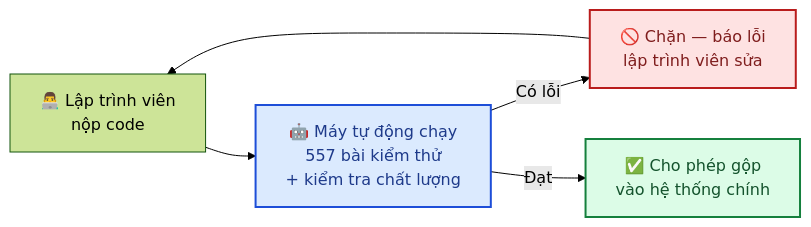
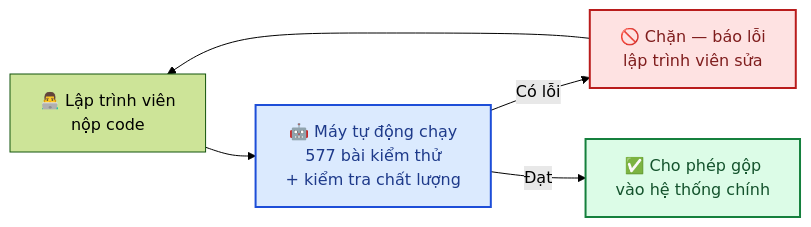
Before and after one commit to Hungvu0712/FLOWER: the second of 2 diagrams in docs/gitbook/06-de-xuat.md, drawn with Mermaid (forest theme). The commit also changed other lines of this file and 17 other files, not shown here.

````diff
--- a/docs/gitbook/06-de-xuat.md
+++ b/docs/gitbook/06-de-xuat.md
@@ -73,11 +73,11 @@
 ```mermaid
 flowchart LR
-    D["👨‍💻 Lập trình viên<br/>nộp code"] --> CI["🤖 Máy tự động chạy<br/>557 bài kiểm thử<br/>+ kiểm tra chất lượng"]
+    D["👨‍💻 Lập trình viên<br/>nộp code"] --> CI["🤖 Máy tự động chạy<br/>577 bài kiểm thử<br/>+ kiểm tra chất lượng"]
     CI -->|Có lỗi| BLOCK["🚫 Chặn — báo lỗi<br/>lập trình viên sửa"]
     CI -->|Đạt| MERGE["✅ Cho phép gộp<br/>vào hệ thống chính"]
     BLOCK --> D
 
     style CI fill:#dbeafe,stroke:#1d4ed8,stroke-width:2px,color:#1e3a8a
     style BLOCK fill:#fee2e2,stroke:#b91c1c,stroke-width:2px,color:#7f1d1d
     style MERGE fill:#dcfce7,stroke:#15803d,stroke-width:2px,color:#14532d
 ```
````
